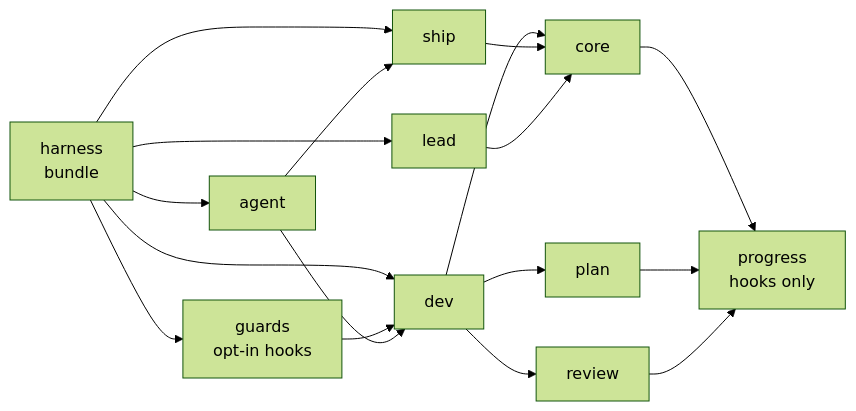
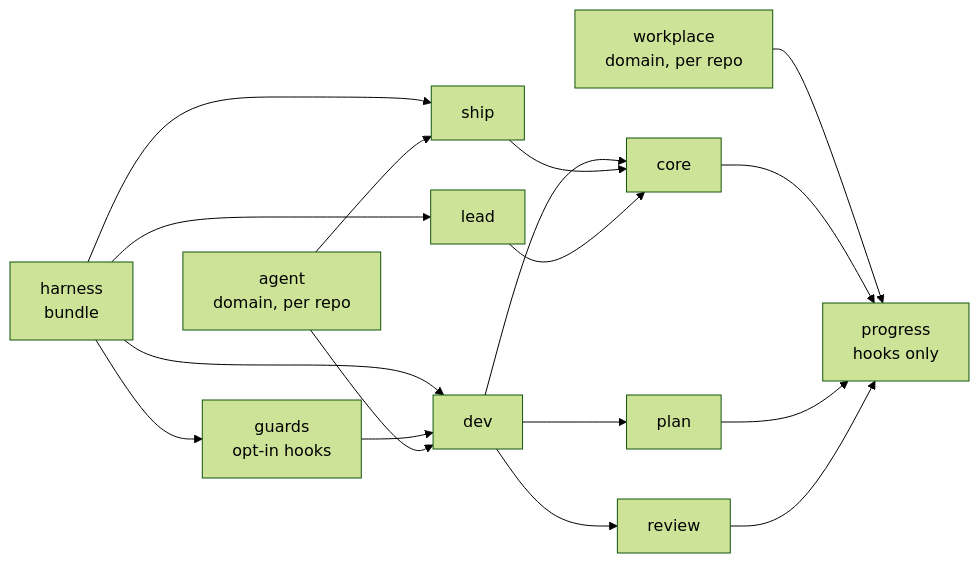
One commit to thanghokdps/claude-root changed the first of 3 diagrams in DESIGN.md. Above: the diagram before and after it, drawn with Mermaid (forest theme). The commit also changed other lines of this file and 2 other files, not shown here.

````diff
--- a/DESIGN.md
+++ b/DESIGN.md
@@ -18,14 +9,15 @@
 ```mermaid
 graph LR
   kit[harness<br/>bundle]
-  kit --> dev & ship & agent & lead & guards
+  kit --> dev & ship & lead & guards
   dev[dev] --> core & plan & review
   ship[ship] --> core
   lead[lead] --> core
   guards[guards<br/>opt-in hooks] --> dev
-  agent[agent] --> dev & ship
+  agent[agent<br/>domain, per repo] --> dev & ship
+  workplace[workplace<br/>domain, per repo] --> progress
   core[core] --> progress
   plan[plan] --> progress
   review[review] --> progress
   progress[progress<br/>hooks only]
 ```
````
